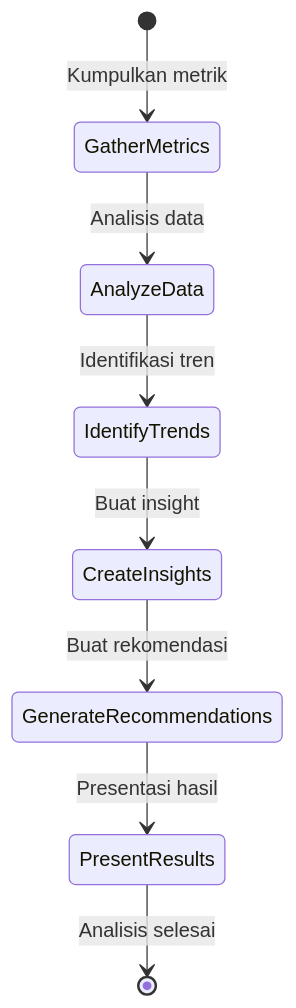
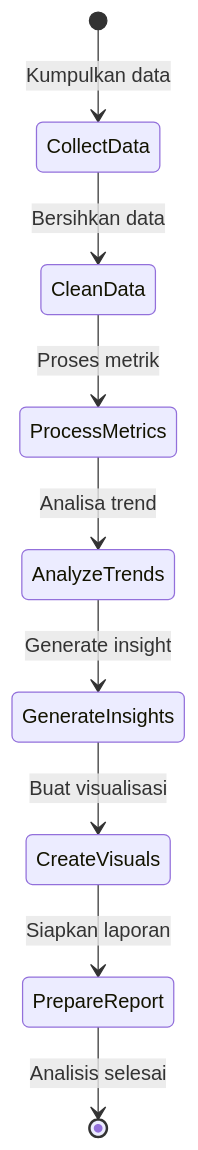
Before and after one commit to mrfansi/DearPOS: diagram 15 of 15 in documents/activity-diagrams.md, drawn with Mermaid. The commit also changed other lines of this file and 3 other files, not shown here.

````diff
--- a/documents/activity-diagrams.md
+++ b/documents/activity-diagrams.md
@@ -263,10 +241,11 @@
 ```mermaid
 stateDiagram-v2
-    [*] --> GatherMetrics: Kumpulkan metrik
-    GatherMetrics --> AnalyzeData: Analisis data
-    AnalyzeData --> IdentifyTrends: Identifikasi tren
-    IdentifyTrends --> CreateInsights: Buat insight
-    CreateInsights --> GenerateRecommendations: Buat rekomendasi
-    GenerateRecommendations --> PresentResults: Presentasi hasil
-    PresentResults --> [*]: Analisis selesai
+    [*] --> CollectData: Kumpulkan data
+    CollectData --> CleanData: Bersihkan data
+    CleanData --> ProcessMetrics: Proses metrik
+    ProcessMetrics --> AnalyzeTrends: Analisa trend
+    AnalyzeTrends --> GenerateInsights: Generate insight
+    GenerateInsights --> CreateVisuals: Buat visualisasi
+    CreateVisuals --> PrepareReport: Siapkan laporan
+    PrepareReport --> [*]: Analisis selesai
 ```
````
